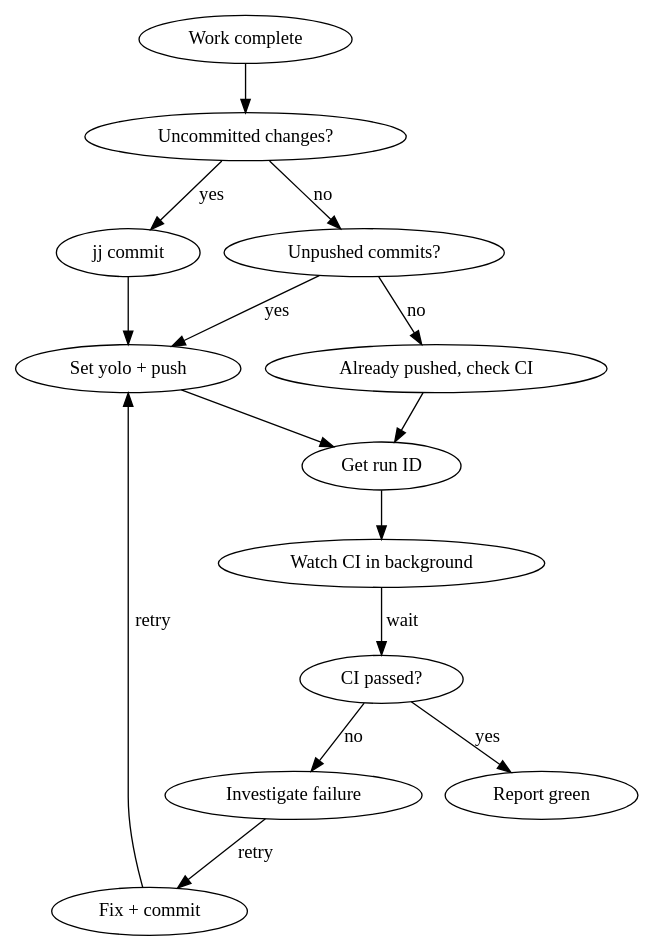
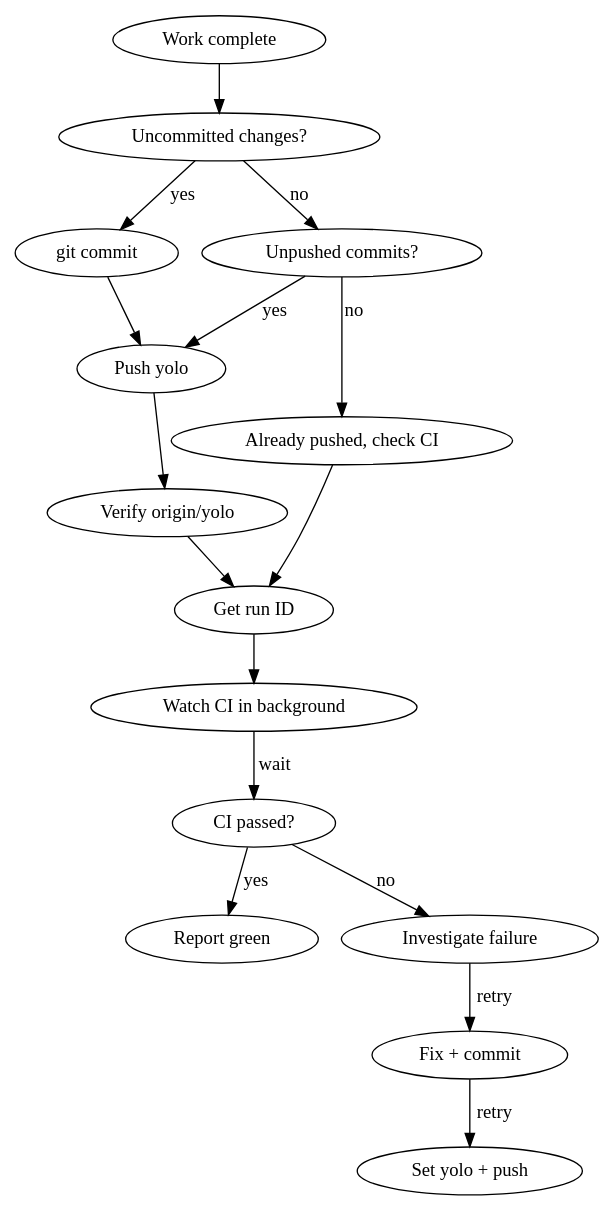
Before and after one commit to pmarreck/llm_skills: the diagram in ship/SKILL.md, drawn with Graphviz. The commit also changed other lines of this file, not shown here.

Commit message:
docs(ship): use direct git workflow

````diff
--- a/ship/SKILL.md
+++ b/ship/SKILL.md
@@ -32,17 +34,18 @@
 ```dot
 digraph ship {
   "Work complete" -> "Uncommitted changes?";
-  "Uncommitted changes?" -> "jj commit" [label="yes"];
+  "Uncommitted changes?" -> "git commit" [label="yes"];
   "Uncommitted changes?" -> "Unpushed commits?" [label="no"];
-  "jj commit" -> "Set yolo + push";
-  "Unpushed commits?" -> "Set yolo + push" [label="yes"];
+  "git commit" -> "Push yolo";
+  "Unpushed commits?" -> "Push yolo" [label="yes"];
   "Unpushed commits?" -> "Already pushed, check CI" [label="no"];
-  "Set yolo + push" -> "Get run ID";
+  "Push yolo" -> "Verify origin/yolo";
+  "Verify origin/yolo" -> "Get run ID";
   "Already pushed, check CI" -> "Get run ID";
   "Get run ID" -> "Watch CI in background";
   "Watch CI in background" -> "CI passed?" [label="wait"];
   "CI passed?" -> "Report green" [label="yes"];
   "CI passed?" -> "Investigate failure" [label="no"];
   "Investigate failure" -> "Fix + commit" -> "Set yolo + push" [label="retry"];
 }
 ```
````
